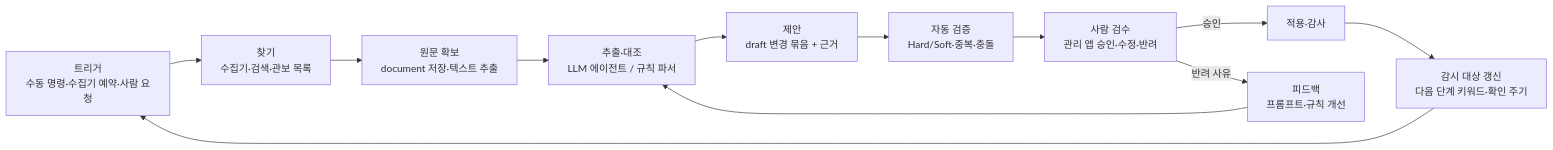
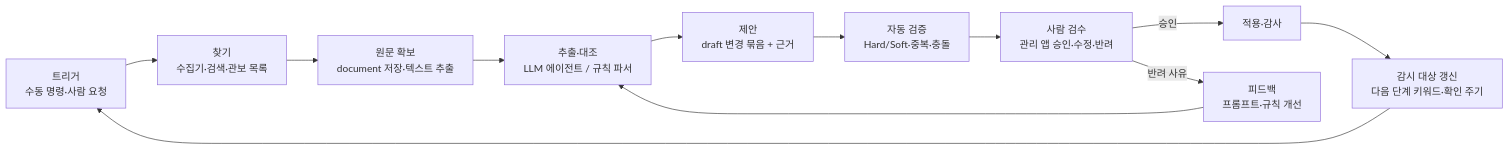
Before and after one commit to Yeong-Woo/k-raildex: the diagram in docs/08-ingestion-closed-loop.md, drawn with Mermaid. The commit also changed other lines of this file and 36 other files, not shown here.

````diff
--- a/docs/08-ingestion-closed-loop.md
+++ b/docs/08-ingestion-closed-loop.md
@@ -9,14 +9,14 @@
 ```mermaid
 flowchart LR
-  T[트리거<br/>수동 명령·수집기 예약·사람 요청] --> F[찾기<br/>수집기·검색·관보 목록]
+  T[트리거<br/>수동 명령·사람 요청] --> F[찾기<br/>수집기·검색·관보 목록]
   F --> D[원문 확보<br/>document 저장·텍스트 추출]
   D --> X[추출·대조<br/>LLM 에이전트 / 규칙 파서]
   X --> P[제안<br/>draft 변경 묶음 + 근거]
   P --> V[자동 검증<br/>Hard/Soft·중복·충돌]
   V --> R[사람 검수<br/>관리 앱 승인·수정·반려]
   R -->|승인| A[적용·감사]
   R -->|반려 사유| L[피드백<br/>프롬프트·규칙 개선]
   A --> M[감시 대상 갱신<br/>다음 단계 키워드·확인 주기]
   M --> T
   L --> X
 ```
````
